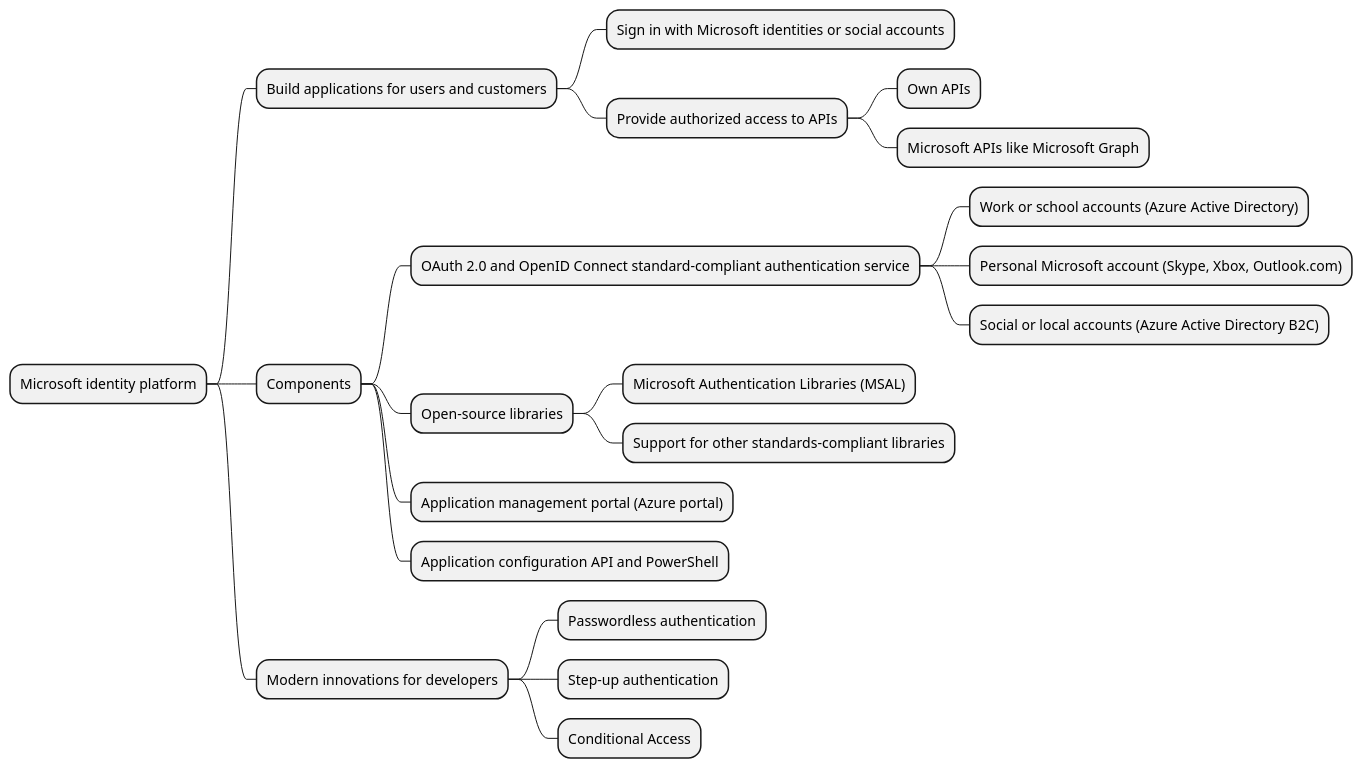
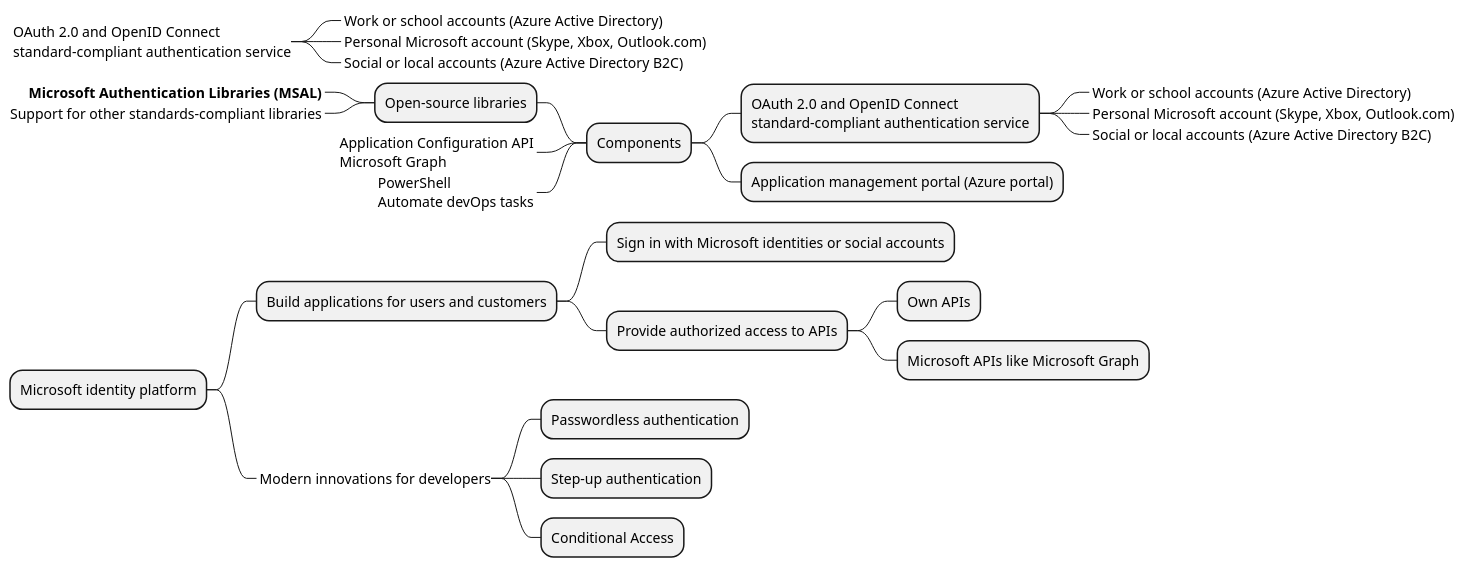
The diagram in 04 - authentication-and-authorization/diagrams/1-overview-mindmap.plantuml (bobbyache/AZ-204), drawn with PlantUML before and after one commit. The commit also changed 101 other files, not shown here.

```diff
--- a/04 - authentication-and-authorization/diagrams/1-overview-mindmap.plantuml
+++ b/04 - authentication-and-authorization/diagrams/1-overview-mindmap.plantuml
@@ -1,22 +1,33 @@
 @startmindmap
+
++_ OAuth 2.0 and OpenID Connect\nstandard-compliant authentication service
+++_ Work or school accounts (Azure Active Directory)
+++_ Personal Microsoft account (Skype, Xbox, Outlook.com)
+++_ Social or local accounts (Azure Active Directory B2C)
+
++ Components
+++ OAuth 2.0 and OpenID Connect\nstandard-compliant authentication service
++++_ Work or school accounts (Azure Active Directory)
++++_ Personal Microsoft account (Skype, Xbox, Outlook.com)
++++_ Social or local accounts (Azure Active Directory B2C)
+++ Application management portal (Azure portal)
+
+-- Open-source libraries
+---_ **Microsoft Authentication Libraries (MSAL)**
+---_ Support for other standards-compliant libraries
+--_ Application Configuration API\nMicrosoft Graph
+--_ PowerShell\nAutomate devOps tasks
+
+
 * Microsoft identity platform
 ** Build applications for users and customers
 *** Sign in with Microsoft identities or social accounts
 *** Provide authorized access to APIs
 **** Own APIs
 **** Microsoft APIs like Microsoft Graph
-** Components
-*** OAuth 2.0 and OpenID Connect standard-compliant authentication service
-**** Work or school accounts (Azure Active Directory)
-**** Personal Microsoft account (Skype, Xbox, Outlook.com)
-**** Social or local accounts (Azure Active Directory B2C)
-*** Open-source libraries
-**** Microsoft Authentication Libraries (MSAL)
-**** Support for other standards-compliant libraries
-*** Application management portal (Azure portal)
-*** Application configuration API and PowerShell
-** Modern innovations for developers
+
+**_ Modern innovations for developers
 *** Passwordless authentication
 *** Step-up authentication
 *** Conditional Access
 @endmindmap
```
